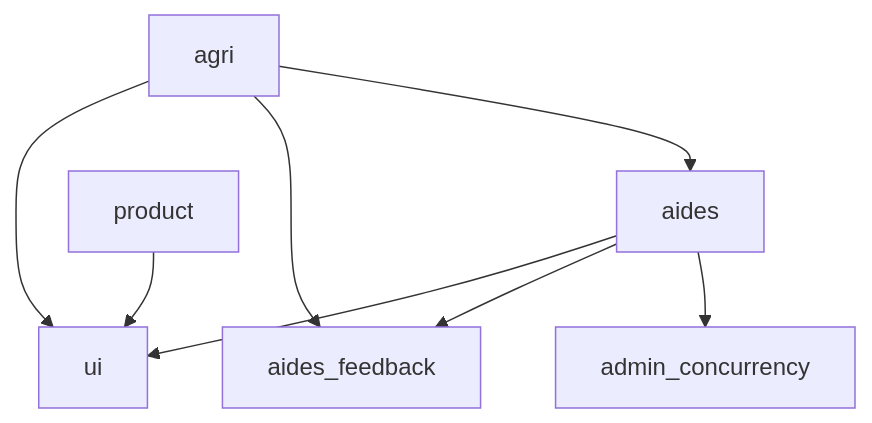
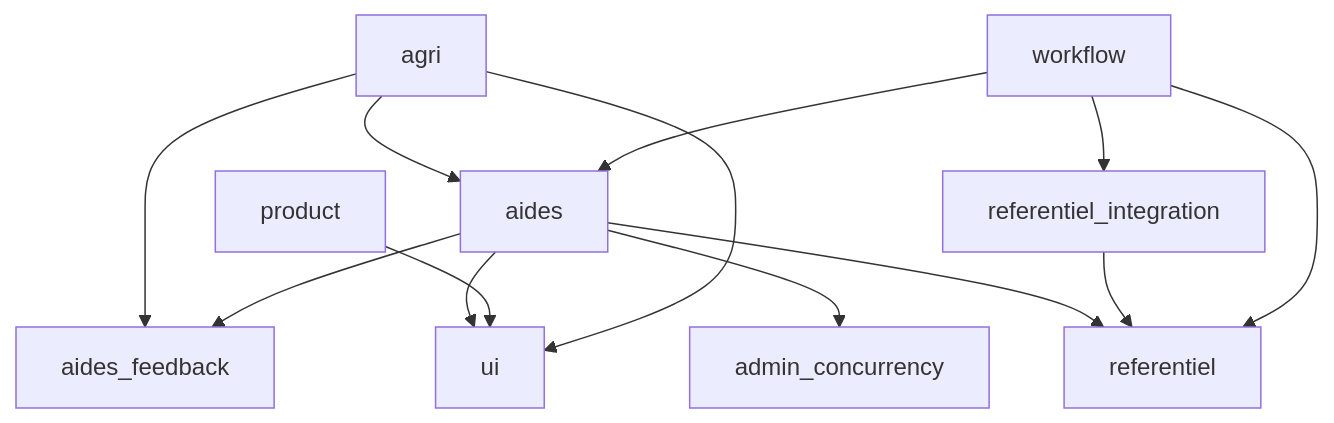
One commit to betagouv/aides-agri changed the diagram in README.md. Above: the diagram before and after it, drawn with Mermaid. The commit also changed other lines of this file and 60 other files, not shown here.

````diff
--- a/README.md
+++ b/README.md
@@ -95,10 +96,15 @@
 ```mermaid
 graph TD;
+    agri-->aides_feedback;
     agri-->aides;
-    agri-->aides_feedback;
+    aides-->ui;
+    product-->ui;
     agri-->ui;
     aides-->admin_concurrency;
     aides-->aides_feedback;
-    aides-->ui;
-    product-->ui;
+    aides-->referentiel;
+    referentiel_integration-->referentiel;
+    workflow-->referentiel_integration;
+    workflow-->referentiel;
+    workflow-->aides;
 ```
````
